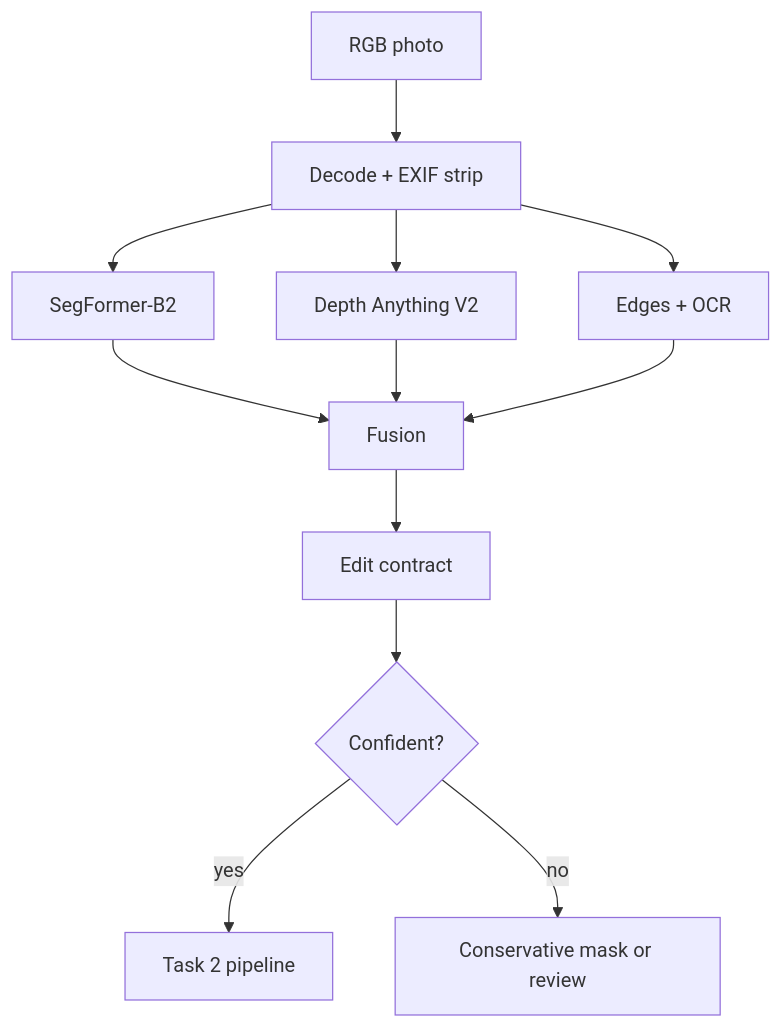
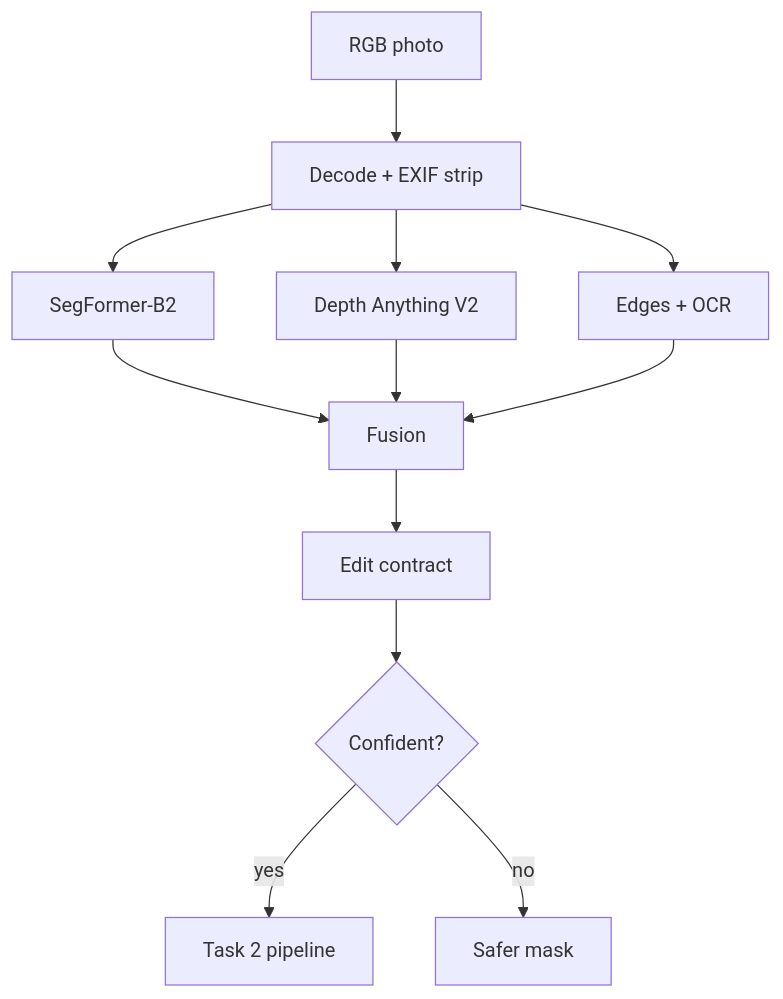
The diagram in docs/TASK1_PERCEPTION.md (mustafametesengul/generative-editing), drawn with Mermaid before and after one commit. The commit also changed other lines of this file and 5 other files, not shown here.

````diff
--- a/docs/TASK1_PERCEPTION.md
+++ b/docs/TASK1_PERCEPTION.md
@@ -5,14 +5,14 @@
 ```mermaid
 flowchart TD
     A[RGB photo] --> B[Decode + EXIF strip]
     B --> C[SegFormer-B2]
     B --> D[Depth Anything V2]
     B --> E[Edges + OCR]
     C --> F[Fusion]
     D --> F
     E --> F
     F --> G[Edit contract]
     G --> H{Confident?}
     H -->|yes| I[Task 2 pipeline]
-    H -->|no| J[Conservative mask or review]
+    H -->|no| J[Safer mask]
 ```
````
